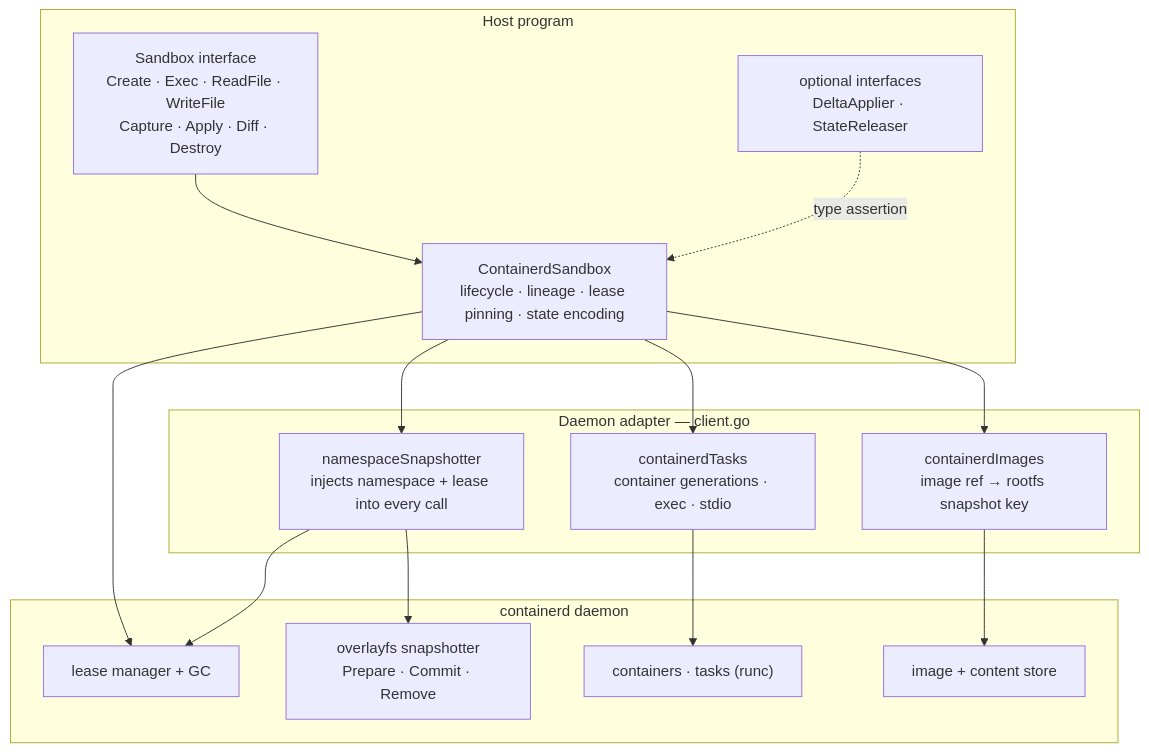
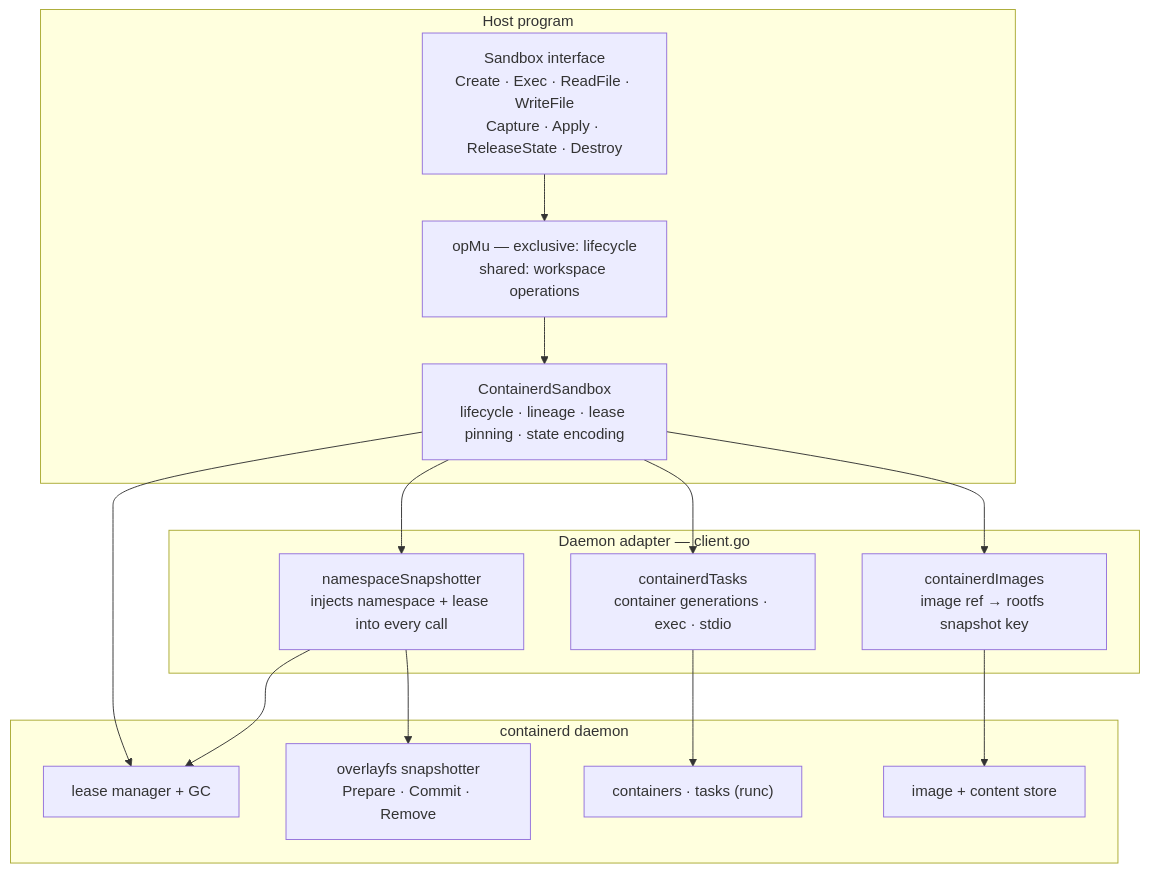
The first of 4 diagrams in docs/overview.md (buchenberg/croft), drawn with Mermaid before and after one commit. The commit also changed other lines of this file and 3 other files, not shown here.

````diff
--- a/docs/overview.md
+++ b/docs/overview.md
@@ -29,31 +28,30 @@
 ```mermaid
 flowchart TB
     subgraph host["Host program"]
-        API["Sandbox interface<br/>Create · Exec · ReadFile · WriteFile<br/>Capture · Apply · Diff · Destroy"]
-        OPT["optional interfaces<br/>DeltaApplier · StateReleaser"]
+        API["Sandbox interface<br/>Create · Exec · ReadFile · WriteFile<br/>Capture · Apply · ReleaseState · Destroy"]
+        OP["opMu — exclusive: lifecycle<br/>shared: workspace operations"]
         SB["ContainerdSandbox<br/>lifecycle · lineage · lease pinning · state encoding"]
-        API --> SB
-        OPT -. "type assertion" .-> SB
+        API --> OP --> SB
     end
 
     subgraph adapter["Daemon adapter — client.go"]
         SNAP["namespaceSnapshotter<br/>injects namespace + lease into every call"]
         IMG["containerdImages<br/>image ref → rootfs snapshot key"]
         TASK["containerdTasks<br/>container generations · exec · stdio"]
     end
     SB --> SNAP
     SB --> IMG
     SB --> TASK
     SB --> LEASE
 
     subgraph daemon["containerd daemon"]
         OVL["overlayfs snapshotter<br/>Prepare · Commit · Remove"]
         LEASE["lease manager + GC"]
         RUNC["containers · tasks (runc)"]
         CSTORE["image + content store"]
     end
     SNAP --> OVL
     SNAP --> LEASE
     TASK --> RUNC
     IMG --> CSTORE
 ```
````
